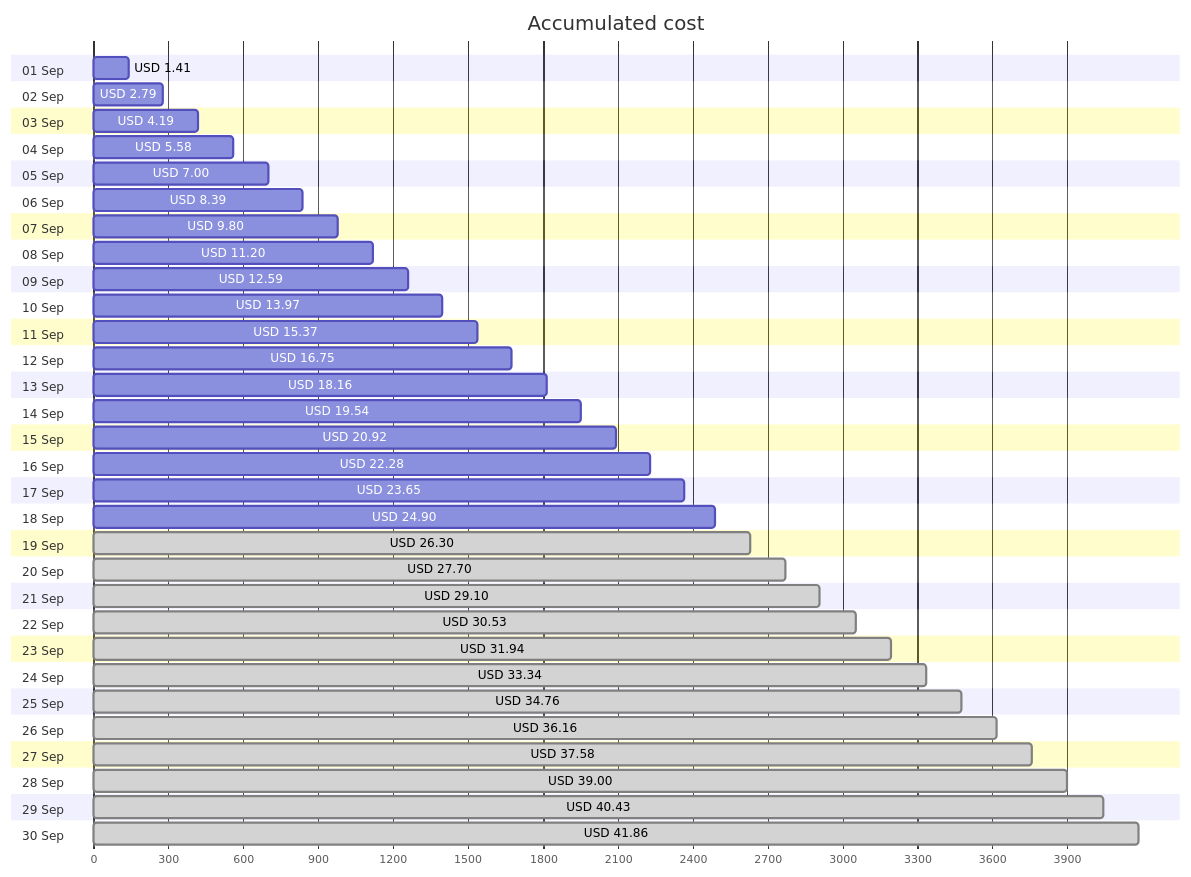
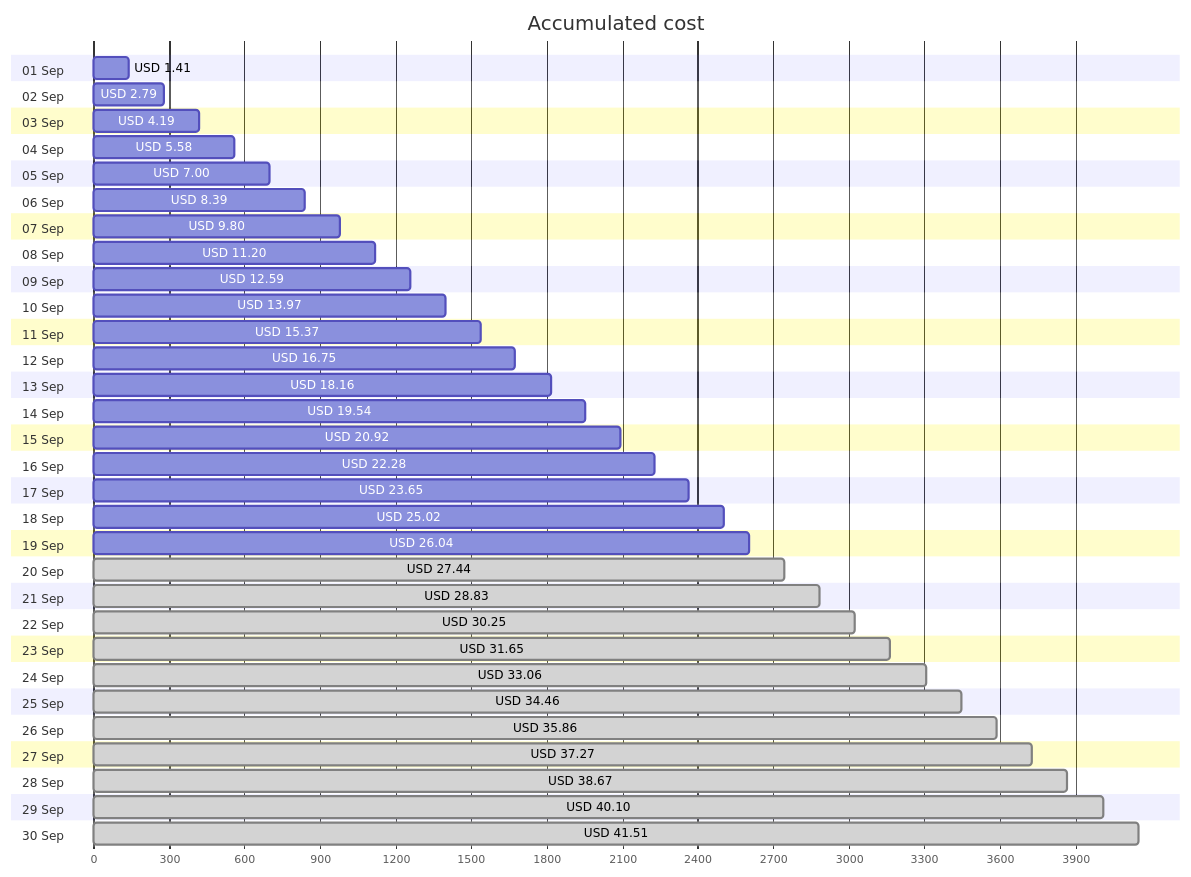
The first of 4 diagrams in cost-reports/personal-network/backup-data-disk.md (jpfulton/azure-personal-reports), drawn with Mermaid before and after one commit. The commit also changed other lines of this file and 18 other files, not shown here.

````diff
--- a/cost-reports/personal-network/backup-data-disk.md
+++ b/cost-reports/personal-network/backup-data-disk.md
@@ -20,66 +20,66 @@
 ```mermaid
 gantt
    title Accumulated cost
    dateFormat  X
    axisFormat %s
    section 01 Sep
    USD 1.41 :0, 141
    section 02 Sep
    USD 2.79 :0, 279
    section 03 Sep
    USD 4.19 :0, 419
    section 04 Sep
    USD 5.58 :0, 558
    section 05 Sep
    USD 7.00 :0, 700
    section 06 Sep
    USD 8.39 :0, 839
    section 07 Sep
    USD 9.80 :0, 980
    section 08 Sep
    USD 11.20 :0, 1120
    section 09 Sep
    USD 12.59 :0, 1259
    section 10 Sep
    USD 13.97 :0, 1397
    section 11 Sep
    USD 15.37 :0, 1537
    section 12 Sep
    USD 16.75 :0, 1675
    section 13 Sep
    USD 18.16 :0, 1816
    section 14 Sep
    USD 19.54 :0, 1954
    section 15 Sep
    USD 20.92 :0, 2092
    section 16 Sep
    USD 22.28 :0, 2228
    section 17 Sep
    USD 23.65 :0, 2365
    section 18 Sep
-   USD 24.90 :0, 2490
+   USD 25.02 :0, 2502
    section 19 Sep
-   USD 26.30 : done, 0, 2630
+   USD 26.04 :0, 2604
    section 20 Sep
-   USD 27.70 : done, 0, 2770
+   USD 27.44 : done, 0, 2744
    section 21 Sep
-   USD 29.10 : done, 0, 2910
+   USD 28.83 : done, 0, 2883
    section 22 Sep
-   USD 30.53 : done, 0, 3053
+   USD 30.25 : done, 0, 3025
    section 23 Sep
-   USD 31.94 : done, 0, 3194
+   USD 31.65 : done, 0, 3165
    section 24 Sep
-   USD 33.34 : done, 0, 3334
+   USD 33.06 : done, 0, 3306
    section 25 Sep
-   USD 34.76 : done, 0, 3476
+   USD 34.46 : done, 0, 3446
    section 26 Sep
-   USD 36.16 : done, 0, 3616
+   USD 35.86 : done, 0, 3586
    section 27 Sep
-   USD 37.58 : done, 0, 3758
+   USD 37.27 : done, 0, 3727
    section 28 Sep
-   USD 39.00 : done, 0, 3900
+   USD 38.67 : done, 0, 3867
    section 29 Sep
-   USD 40.43 : done, 0, 4043
+   USD 40.10 : done, 0, 4010
    section 30 Sep
-   USD 41.86 : done, 0, 4186
+   USD 41.51 : done, 0, 4151
 ```
````
